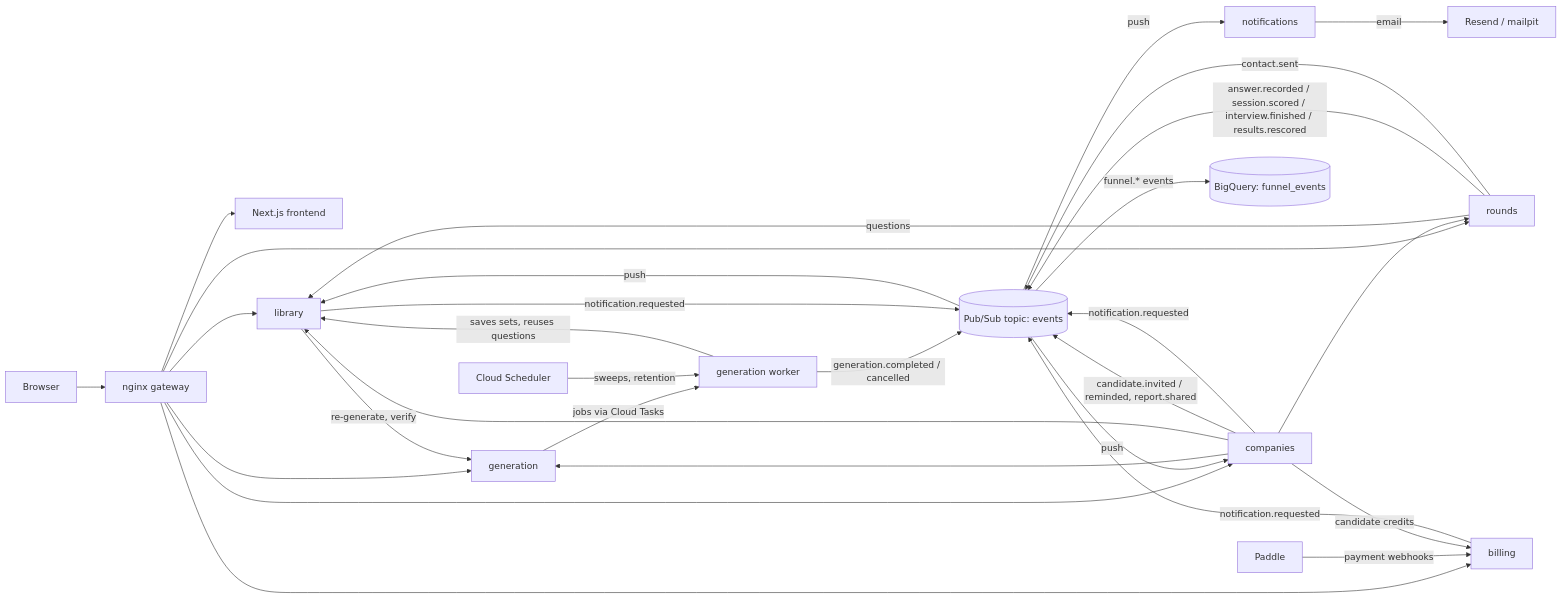
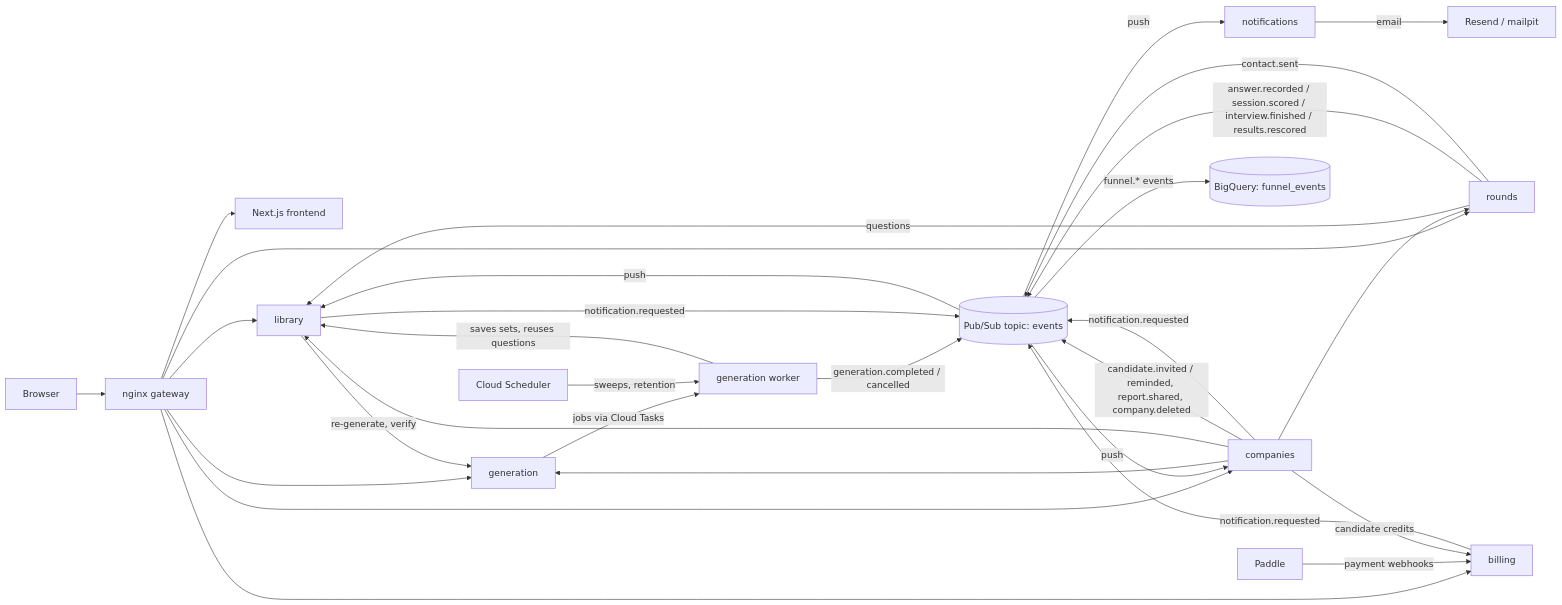
The diagram in README.md (Vilsky-Viktor/ai-interview-prep-platform), drawn with Mermaid before and after one commit. The commit also changed other lines of this file and 40 other files, not shown here.

````diff
--- a/README.md
+++ b/README.md
@@ -70,31 +70,31 @@
 ```mermaid
 flowchart LR
     browser[Browser] --> gateway[nginx gateway]
     gateway --> frontend[Next.js frontend]
     gateway --> library
     gateway --> generation
     gateway --> rounds
     gateway --> companies
     gateway --> billing
     paddle[Paddle] -- payment webhooks --> billing
 
     generation -- jobs via Cloud Tasks --> worker[generation worker]
     scheduler[Cloud Scheduler] -- sweeps, retention --> worker
     worker -- saves sets, reuses questions --> library
     library -- re-generate, verify --> generation
     rounds -- questions --> library
     companies --> generation
     companies --> library
     companies --> rounds
     companies -- candidate credits --> billing
 
     rounds -- answer.recorded / session.scored / interview.finished / results.rescored --> pubsub[(Pub/Sub topic: events)]
     worker -- generation.completed / cancelled --> pubsub
-    companies -- candidate.invited / reminded, report.shared --> pubsub
+    companies -- candidate.invited / reminded, report.shared, company.deleted --> pubsub
     rounds -- contact.sent --> pubsub
     library & companies & billing -- notification.requested --> pubsub
     pubsub -- push --> library
     pubsub -- push --> companies
     pubsub -- push --> notifications -- email --> smtp[Resend / mailpit]
     pubsub -- funnel.* events --> bigquery[(BigQuery: funnel_events)]
 ```
````
